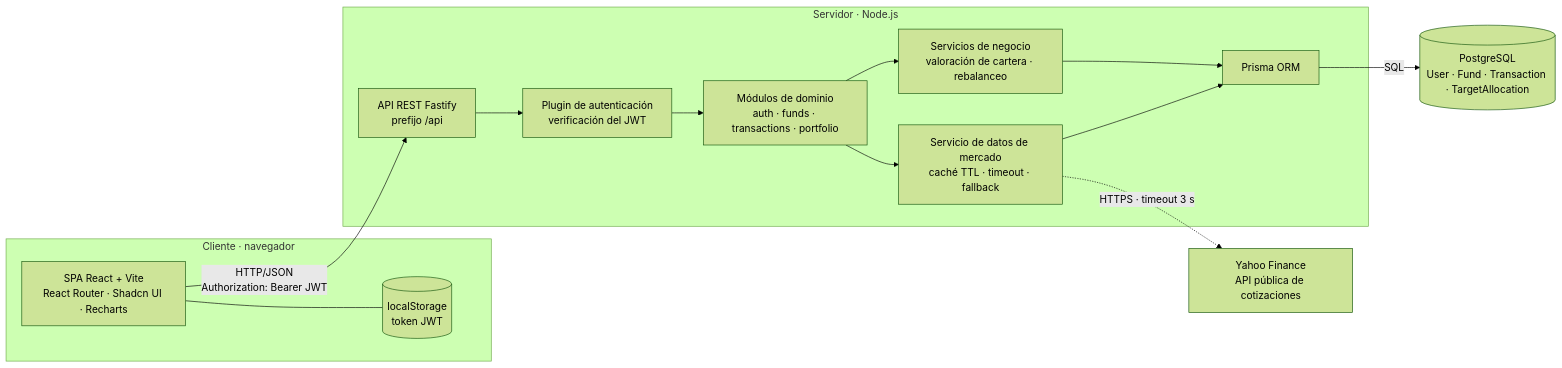
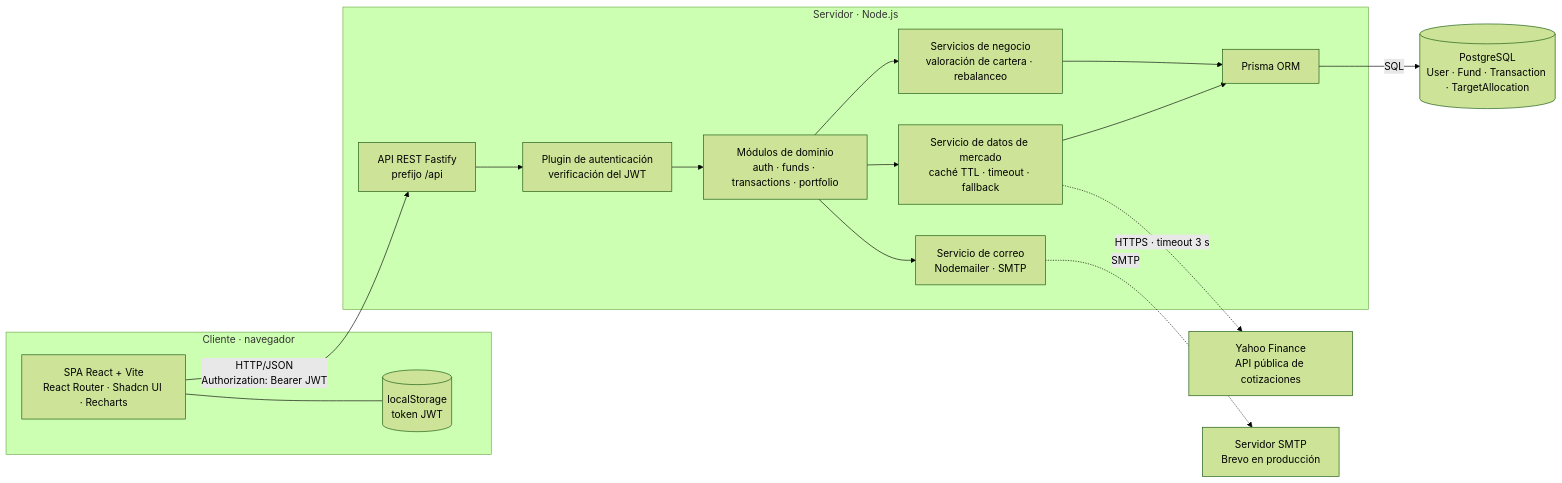
Before and after one commit to Dominique691/gestor-carteras: the first of 4 diagrams in DOCUMENTACION_TFM.md, drawn with Mermaid (forest theme). The commit also changed other lines of this file and 6 other files, not shown here.

````diff
--- a/DOCUMENTACION_TFM.md
+++ b/DOCUMENTACION_TFM.md
@@ -32,26 +33,30 @@
 ```mermaid
 flowchart LR
     subgraph Cliente["Cliente · navegador"]
         SPA["SPA React + Vite<br/>React Router · Shadcn UI · Recharts"]
         LS[("localStorage<br/>token JWT")]
         SPA --- LS
     end
 
     subgraph Servidor["Servidor · Node.js"]
         API["API REST Fastify<br/>prefijo /api"]
         JWT["Plugin de autenticación<br/>verificación del JWT"]
         MOD["Módulos de dominio<br/>auth · funds · transactions · portfolio"]
         SVC["Servicios de negocio<br/>valoración de cartera · rebalanceo"]
         MD["Servicio de datos de mercado<br/>caché TTL · timeout · fallback"]
+        MAIL["Servicio de correo<br/>Nodemailer · SMTP"]
         ORM["Prisma ORM"]
         API --> JWT --> MOD --> SVC --> ORM
         MOD --> MD --> ORM
+        MOD --> MAIL
     end
 
     DB[("PostgreSQL<br/>User · Fund · Transaction · TargetAllocation")]
     YF["Yahoo Finance<br/>API pública de cotizaciones"]
+    SMTP["Servidor SMTP<br/>Brevo en producción"]
 
     SPA -- "HTTP/JSON<br/>Authorization: Bearer JWT" --> API
     ORM -- "SQL" --> DB
     MD -. "HTTPS · timeout 3 s" .-> YF
+    MAIL -. "SMTP" .-> SMTP
 ```
````
